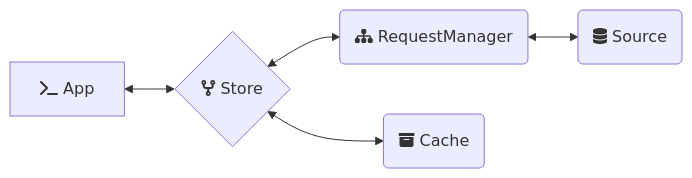
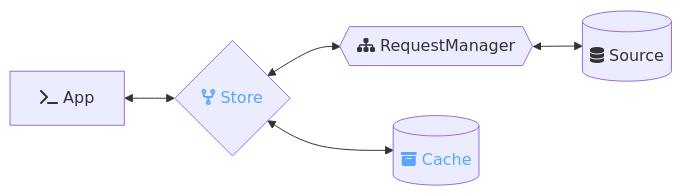
One commit to emberjs/data changed the second of 3 diagrams in packages/request/README.md. Above: the diagram before and after it, drawn with Mermaid. The commit also changed other lines of this file, not shown here.

````diff
--- a/packages/request/README.md
+++ b/packages/request/README.md
@@ -63,7 +63,11 @@
 ```mermaid
 flowchart LR
     A[fa:fa-terminal App] <--> D{fa:fa-code-fork Store}
-    B(fa:fa-sitemap RequestManager) <--> C(fa:fa-database Source)
-    D <--> E(fa:fa-archive Cache)
+    B{{fa:fa-sitemap RequestManager}} <--> C[(fa:fa-database Source)]
+    D <--> E[(fa:fa-archive Cache)]
     D <--> B
+    click D href "https://github.com/emberjs/data/tree/master/packages/store" "Go to @ember-data/store" _blank
+    click E href "https://github.com/emberjs/data/tree/master/packages/record-data" "Go to @ember-data/record-data" _blank
+    style D color:#58a6ff;
+    style E color:#58a6ff;
 ```
````
